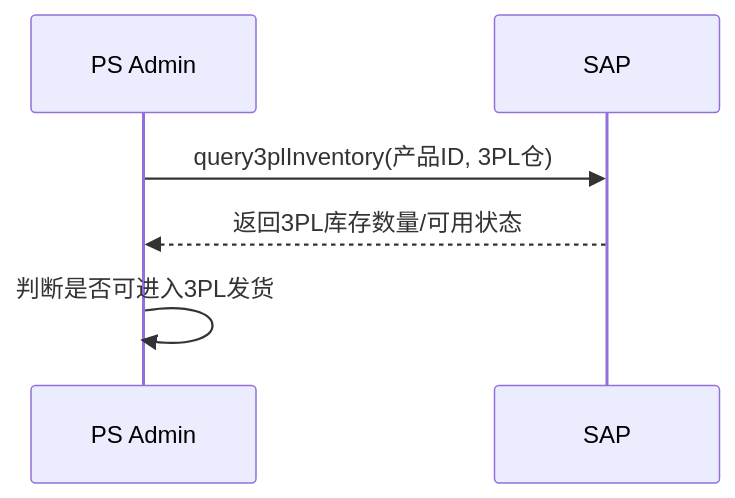
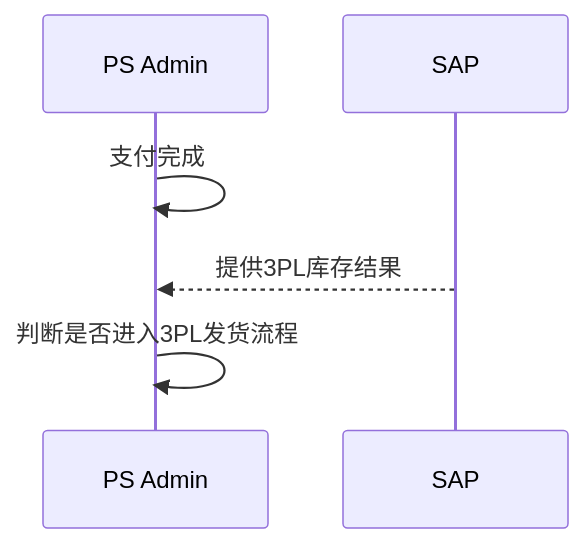
One commit to guguohai/gmps changed diagram 15 of 43 in 文档/GM系统需求说明.md. Above: the diagram before and after it, drawn with Mermaid. The commit also changed other lines of this file and 31 other files, not shown here.

````diff
--- a/文档/GM系统需求说明.md
+++ b/文档/GM系统需求说明.md
@@ -781,9 +785,9 @@
 ```mermaid
 sequenceDiagram
     participant PS as PS Admin
     participant SAP as SAP
 
-    PS->>SAP: query3plInventory(产品ID, 3PL仓)
-    SAP-->>PS: 返回3PL库存数量/可用状态
-    PS->>PS: 判断是否可进入3PL发货
+    PS->>PS: 支付完成
+    SAP-->>PS: 提供3PL库存结果
+    PS->>PS: 判断是否进入3PL发货流程
 ```
````
